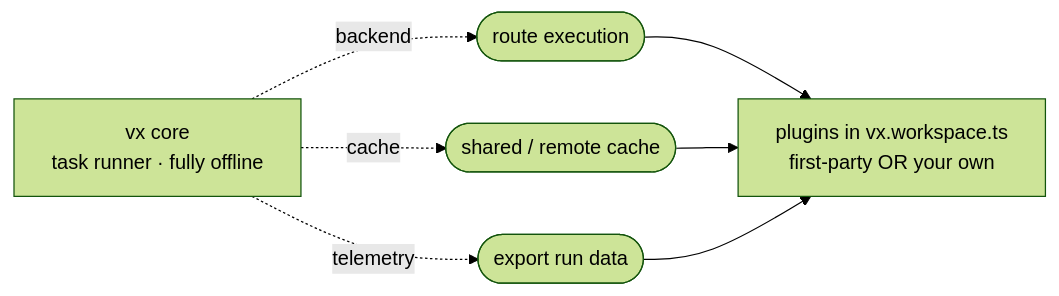
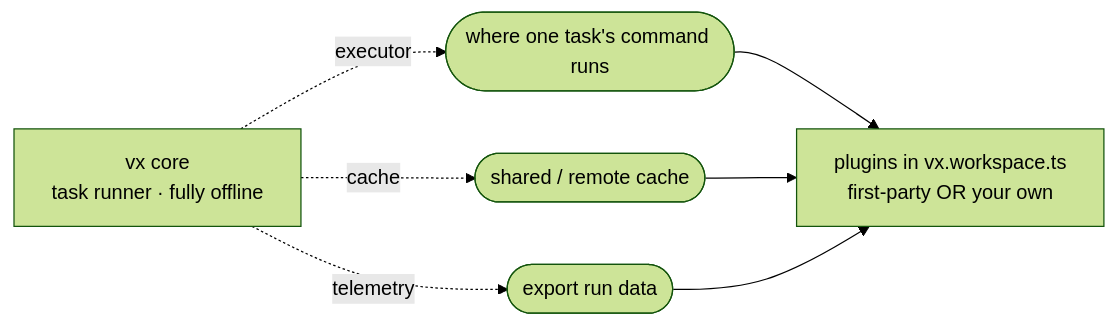
One commit to vznjs/vx changed the diagram in apps/docs/src/content/docs/guides/extensibility.md. Above: the diagram before and after it, drawn with Mermaid (forest theme). The commit also changed other lines of this file and 316 other files, not shown here.

First line of the commit message:
Remove vx cloud in full, and core's whole-run backend seam with it

````diff
--- a/apps/docs/src/content/docs/guides/extensibility.md
+++ b/apps/docs/src/content/docs/guides/extensibility.md
@@ -24,10 +28,10 @@
 ```mermaid
 flowchart LR
   core["vx core<br/>task runner · fully offline"]
-  core -. backend .-> b(["route execution"])
+  core -. executor .-> b(["where one task's command runs"])
   core -. cache .-> c(["shared / remote cache"])
   core -. telemetry .-> t(["export run data"])
   b --> p["plugins in vx.workspace.ts<br/>first-party OR your own"]
   c --> p
   t --> p
 ```
````
